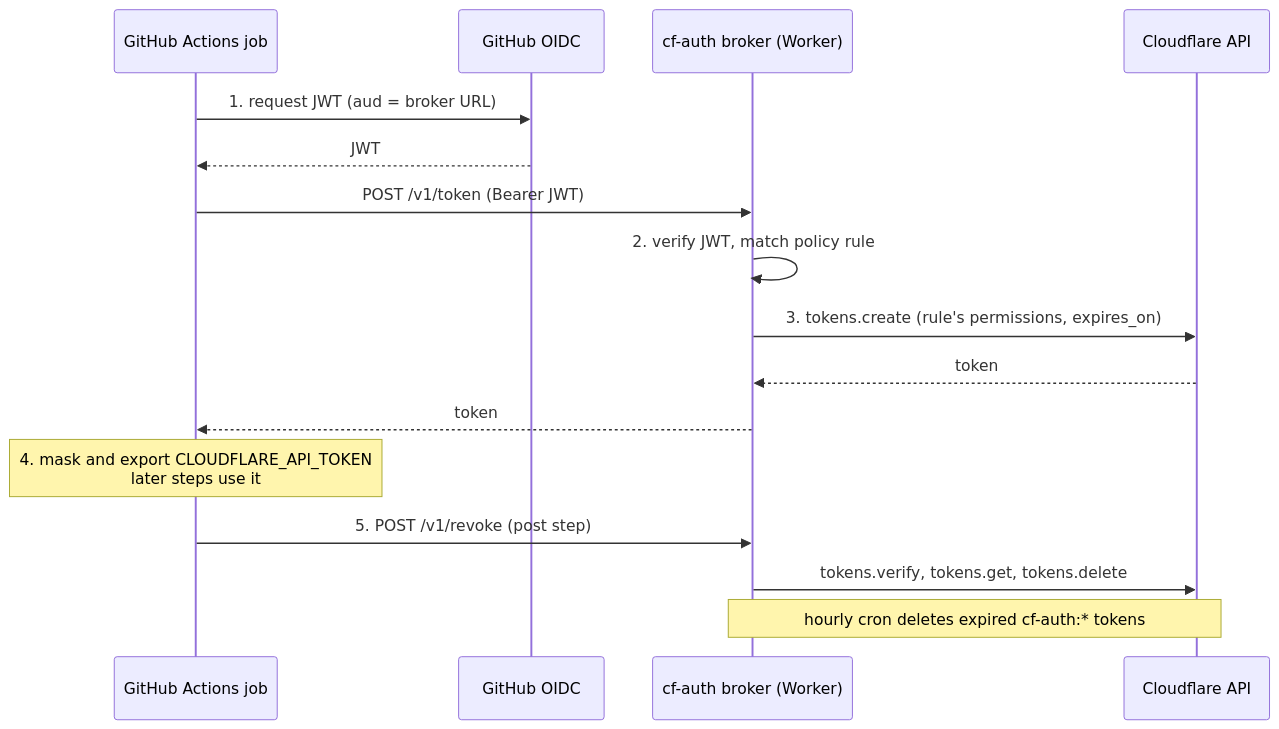
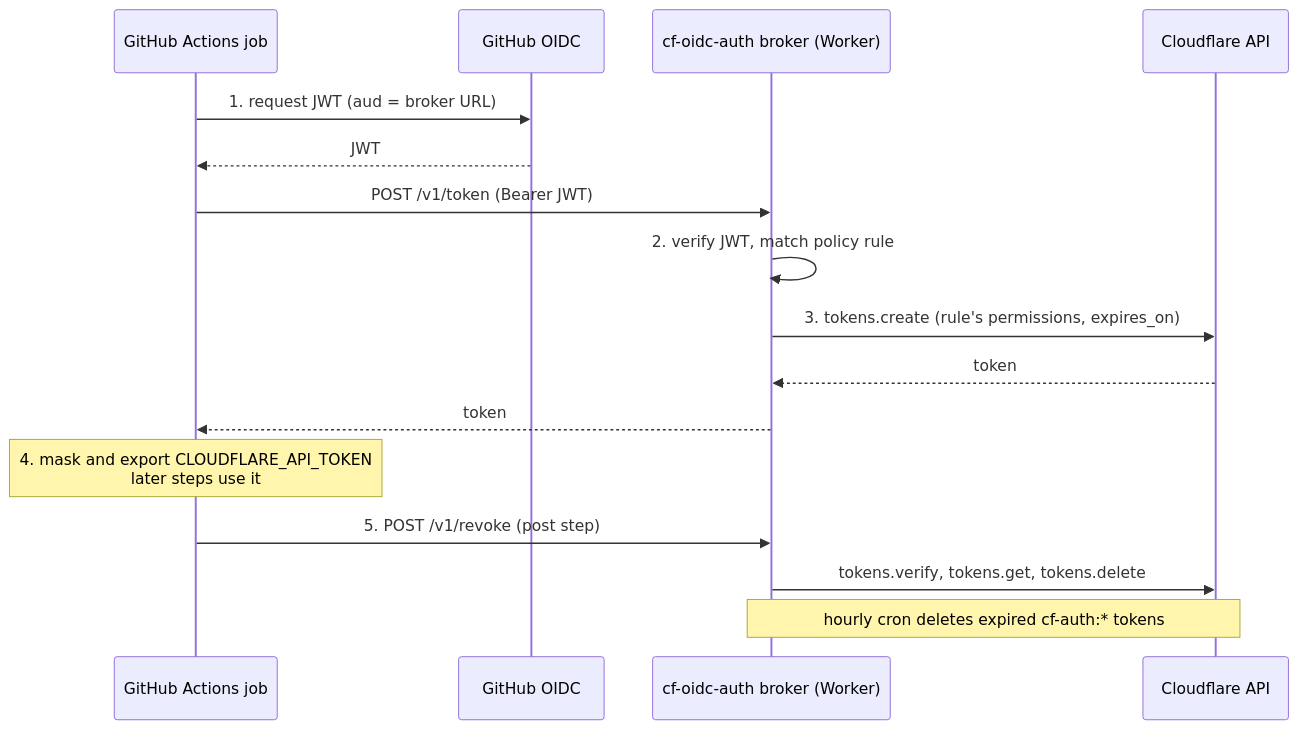
The diagram in README.md (cf-contrib/cf-auth), drawn with Mermaid before and after one commit. The commit also changed other lines of this file and 49 other files, not shown here.

First line of the commit message:
refactor: rename the project to cf-oidc-auth

````diff
--- a/README.md
+++ b/README.md
@@ -38,19 +38,19 @@
 ```mermaid
 sequenceDiagram
     participant Job as GitHub Actions job
     participant OIDC as GitHub OIDC
-    participant Broker as cf-auth broker (Worker)
+    participant Broker as cf-oidc-auth broker (Worker)
     participant CF as Cloudflare API
 
     Job->>OIDC: 1. request JWT (aud = broker URL)
     OIDC-->>Job: JWT
     Job->>Broker: POST /v1/token (Bearer JWT)
     Broker->>Broker: 2. verify JWT, match policy rule
     Broker->>CF: 3. tokens.create (rule's permissions, expires_on)
     CF-->>Broker: token
     Broker-->>Job: token
     Note over Job: 4. mask and export CLOUDFLARE_API_TOKEN<br/>later steps use it
     Job->>Broker: 5. POST /v1/revoke (post step)
     Broker->>CF: tokens.verify, tokens.get, tokens.delete
     Note over Broker,CF: hourly cron deletes expired cf-auth:* tokens
 ```
````
